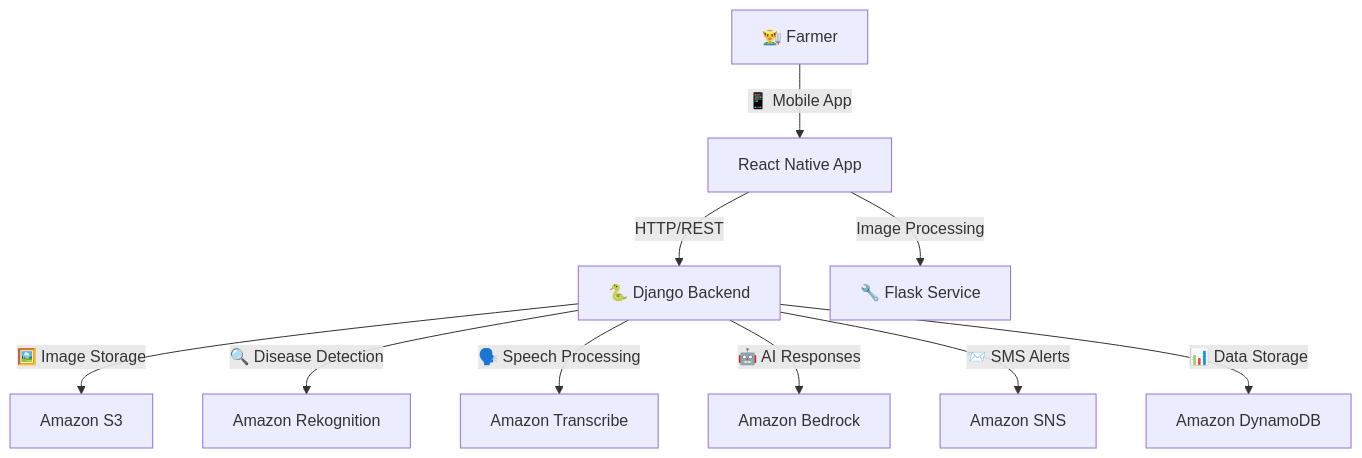
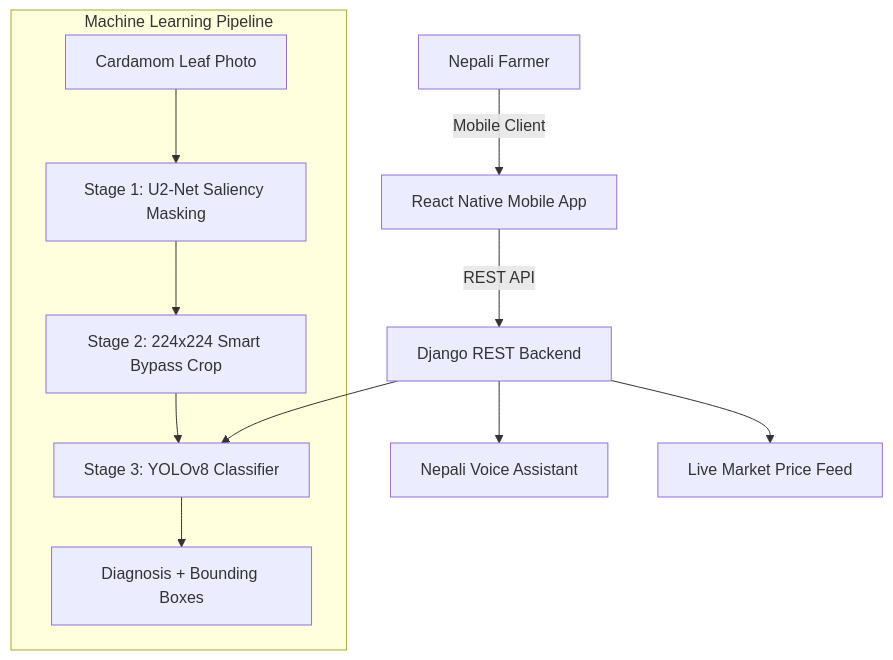
One commit to saugatadk/krishiMitra changed the diagram in README.md. Above: the diagram before and after it, drawn with Mermaid. The commit also changed other lines of this file, not shown here.

````diff
--- a/README.md
+++ b/README.md
@@ -38,13 +22,16 @@
 ```mermaid
 graph TD
-    User[👨‍🌾 Farmer] -->|📱 Mobile App| Frontend[React Native App]
-    Frontend -->|HTTP/REST| Backend[🐍 Django Backend]
-    Frontend -->|Image Processing| Preprocessing[🔧 Flask Service]
+    User[Nepali Farmer] -->|Mobile Client| App[React Native Mobile App]
+    App -->|REST API| API[Django REST Backend]
     
-    Backend -->|🖼️ Image Storage| S3[Amazon S3]
-    Backend -->|🔍 Disease Detection| Rekognition[Amazon Rekognition]
-    Backend -->|🗣️ Speech Processing| Transcribe[Amazon Transcribe]
-    Backend -->|🤖 AI Responses| Bedrock[Amazon Bedrock]
-    Backend -->|📨 SMS Alerts| SNS[Amazon SNS]
-    Backend -->|📊 Data Storage| DynamoDB[Amazon DynamoDB]
+    subgraph "Machine Learning Pipeline"
+        Input[Cardamom Leaf Photo] --> Stage1[Stage 1: U2-Net Saliency Masking]
+        Stage1 --> Stage2[Stage 2: 224x224 Smart Bypass Crop]
+        Stage2 --> Stage3[Stage 3: YOLOv8 Classifier]
+        Stage3 --> Output[Diagnosis + Bounding Boxes]
+    end
+
+    API --> Stage3
+    API --> Voice[Nepali Voice Assistant]
+    API --> Market[Live Market Price Feed]
 ```
````
